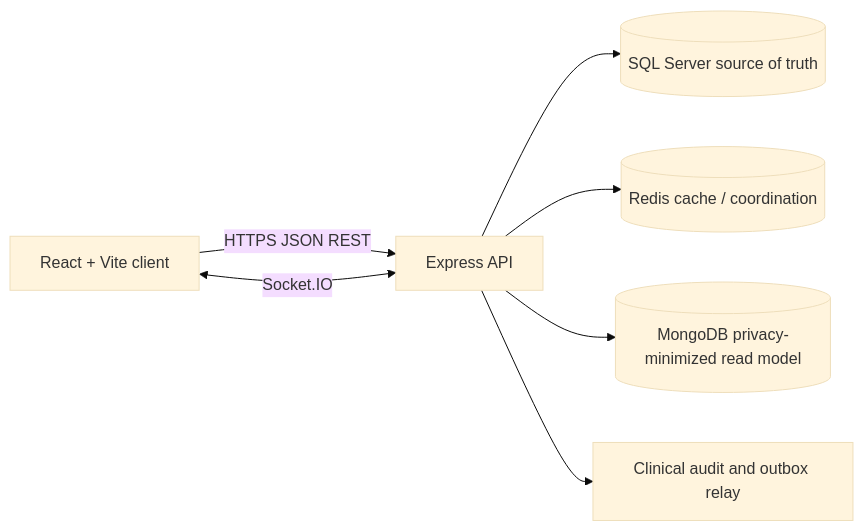
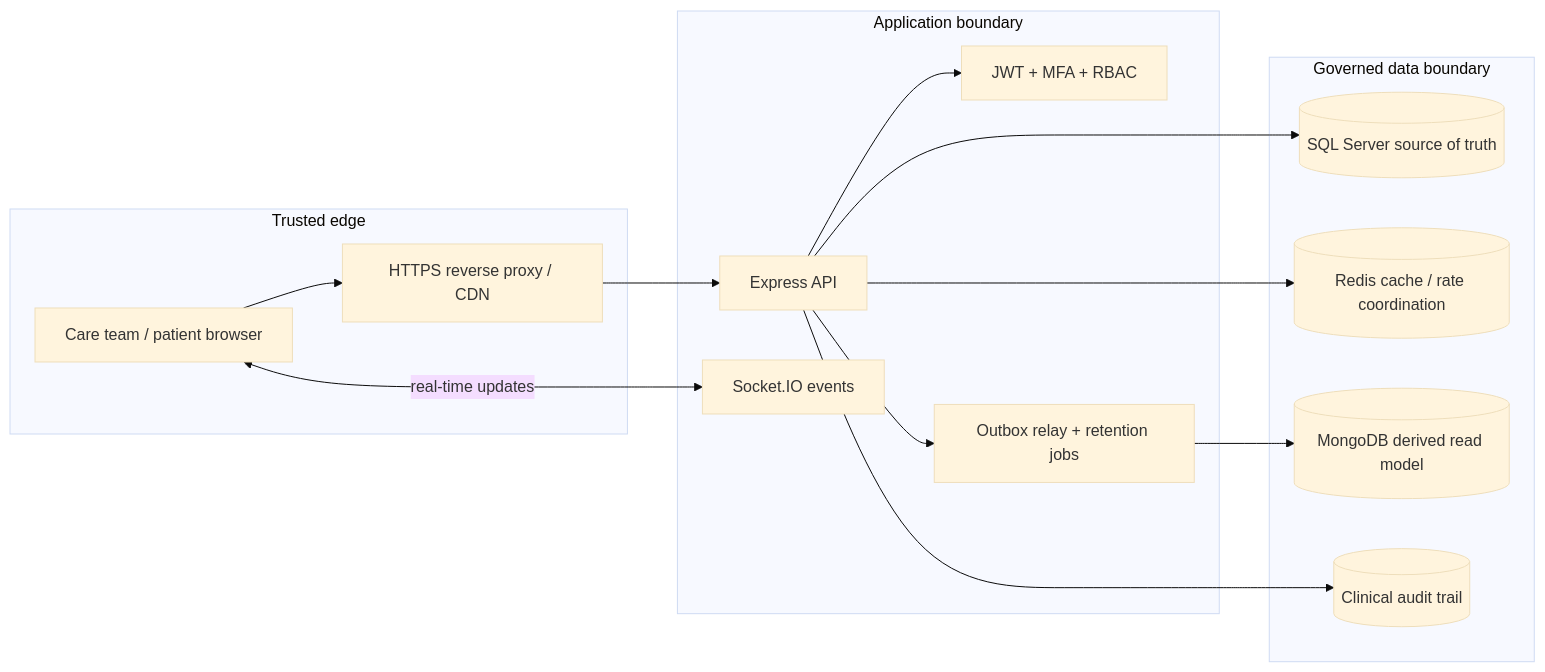
One commit to TheHien04/Clinic-Management changed the first of 2 diagrams in README.md. Above: the diagram before and after it, drawn with Mermaid (base theme). The commit also changed other lines of this file and 15 other files, not shown here.

````diff
--- a/README.md
+++ b/README.md
@@ -63,9 +81,26 @@
 ```mermaid
 flowchart LR
-  Browser[React + Vite client] -->|HTTPS JSON REST| API[Express API]
-  Browser <-->|Socket.IO| API
-  API --> SQL[(SQL Server source of truth)]
-  API --> Redis[(Redis cache / coordination)]
-  API --> Mongo[(MongoDB privacy-minimized read model)]
-  API --> Audit[Clinical audit and outbox relay]
+  subgraph Edge[Trusted edge]
+    Browser[Care team / patient browser]
+    CDN[HTTPS reverse proxy / CDN]
+  end
+  subgraph App[Application boundary]
+    API[Express API]
+    Auth[JWT + MFA + RBAC]
+    Realtime[Socket.IO events]
+    Workers[Outbox relay + retention jobs]
+  end
+  subgraph Data[Governed data boundary]
+    SQL[(SQL Server source of truth)]
+    Redis[(Redis cache / rate coordination)]
+    Mongo[(MongoDB derived read model)]
+    Audit[(Clinical audit trail)]
+  end
+  Browser --> CDN --> API
+  API --> Auth
+  Browser <-->|real-time updates| Realtime
+  API --> SQL
+  API --> Redis
+  API --> Workers --> Mongo
+  API --> Audit
 ```
````
